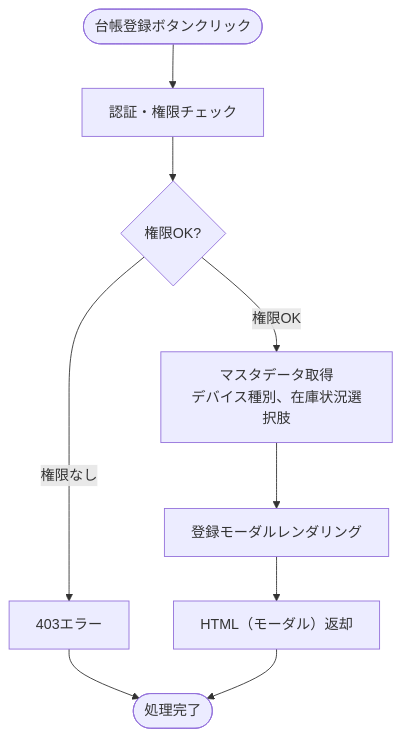
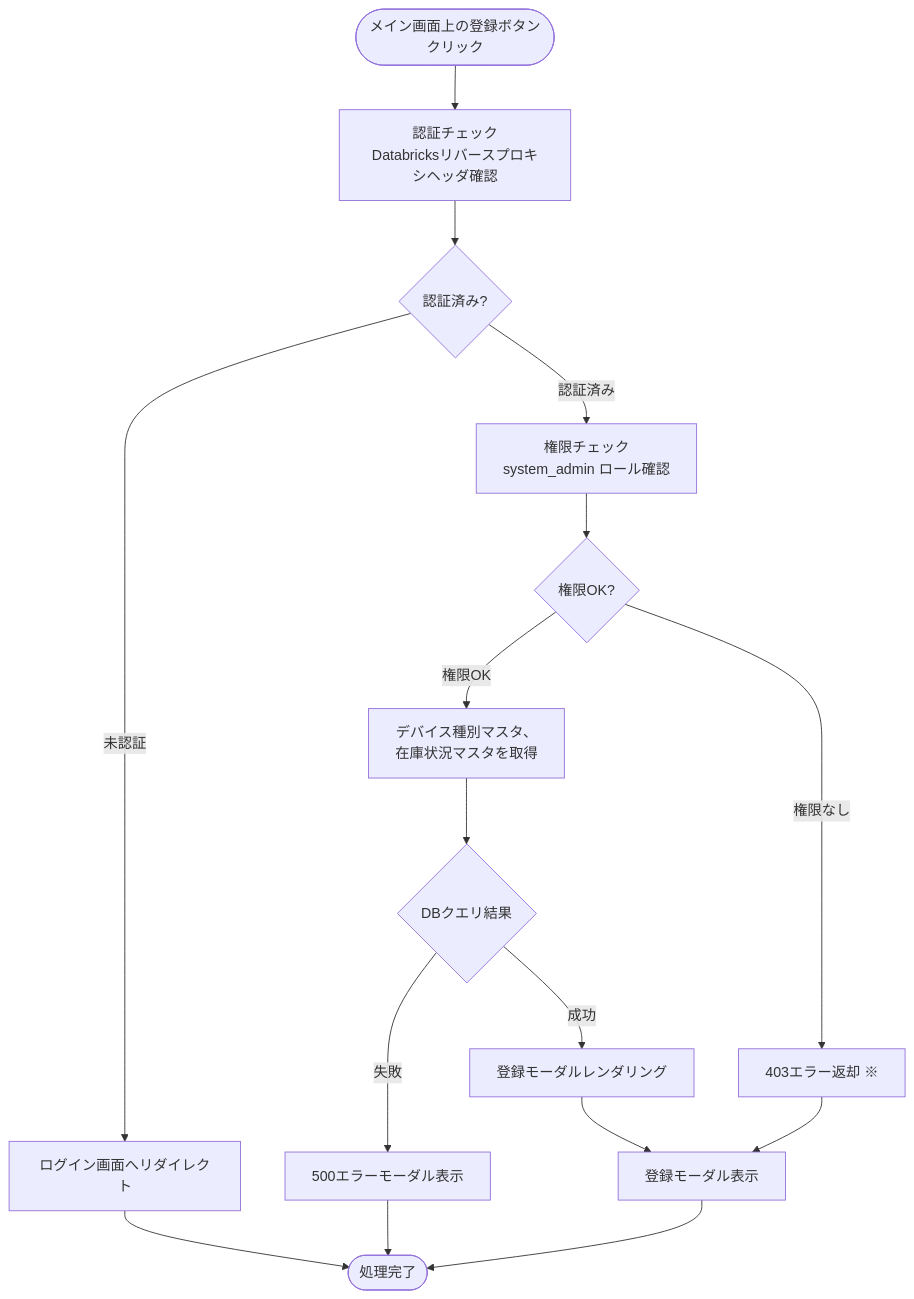
The third of 9 diagrams in docs/03-features/flask-app/device-inventory/workflow-specification.md (NSW-SVCP-AIWG002/Databricks-IoT), drawn with Mermaid before and after one commit. The commit also changed other lines of this file and 4 other files, not shown here.

````diff
--- a/docs/03-features/flask-app/device-inventory/workflow-specification.md
+++ b/docs/03-features/flask-app/device-inventory/workflow-specification.md
@@ -363,13 +446,24 @@
 ```mermaid
 flowchart TD
-    Start([台帳登録ボタンクリック]) --> Auth[認証・権限チェック]
-    Auth --> CheckPerm{権限OK?}
-    CheckPerm -->|権限なし| Error403[403エラー]
+    Start([メイン画面上の登録ボタン<br>クリック]) --> Auth[認証チェック<br>Databricksリバースプロキシヘッダ確認]
+    Auth --> CheckAuth{認証済み?}
+    CheckAuth -->|未認証| Error401[ログイン画面へリダイレクト]
+    Error401 --> End([処理完了])
 
-    CheckPerm -->|権限OK| LoadMaster[マスタデータ取得<br>デバイス種別、在庫状況選択肢]
-    LoadMaster --> Template[登録モーダルレンダリング]
-    Template --> Response[HTML（モーダル）返却]
+    CheckAuth -->|認証済み| Permission[権限チェック<br>system_admin ロール確認]
+    Permission --> CheckPerm{権限OK?}
 
-    Error403 --> End([処理完了])
+    CheckPerm -->|権限OK| LoadMaster[デバイス種別マスタ、<br>在庫状況マスタを取得]
+    LoadMaster --> QueryDB{DBクエリ結果}
+
+    QueryDB -->|失敗| Error500[500エラーモーダル表示]
+    Error500 --> End
+
+    QueryDB -->|成功| Template[登録モーダルレンダリング]
+    Template --> Response[登録モーダル表示]
+
+    CheckPerm -->|権限なし| Error403[403エラー返却 ※]
+    Error403 --> Response
+
     Response --> End
 ```
````
